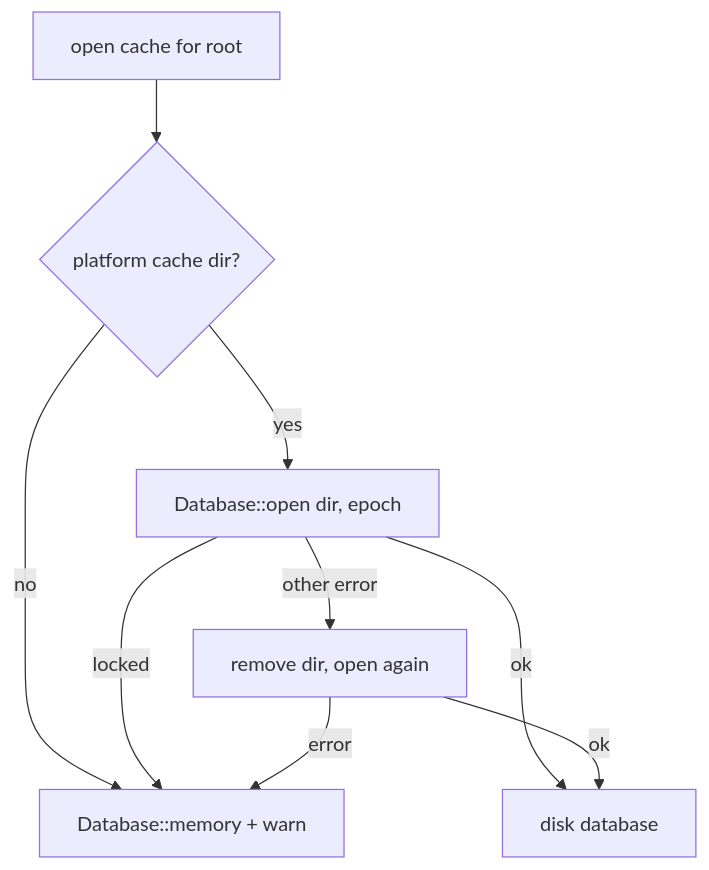
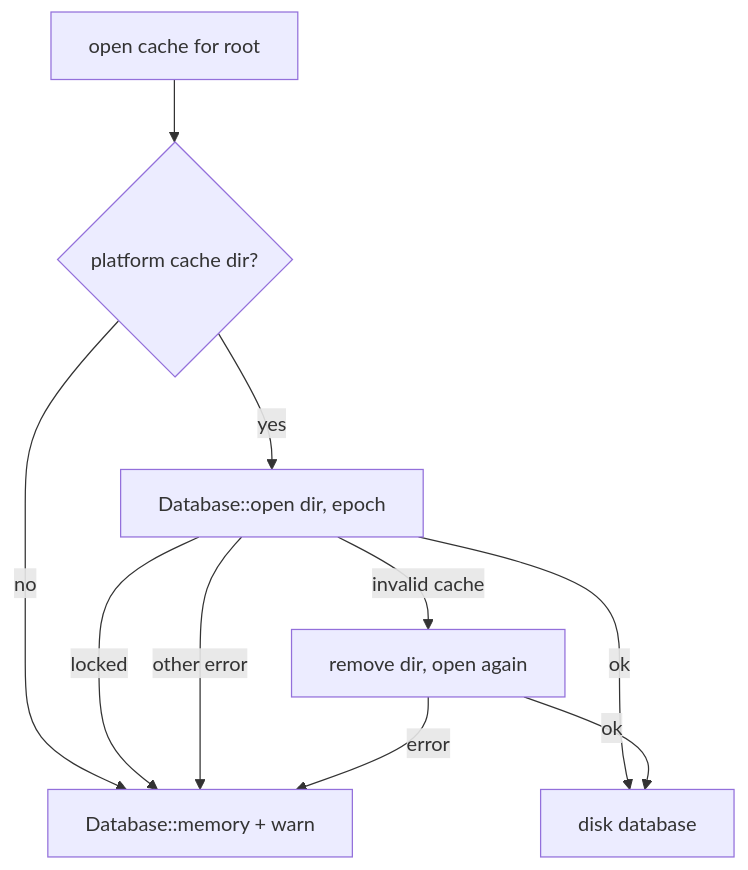
The first of 2 diagrams in openspec/changes/persist-code-index-with-ajika/design.md (querymt/querymt), drawn with Mermaid before and after one commit. The commit also changed other lines of this file and 19 other files, not shown here.

````diff
--- a/openspec/changes/persist-code-index-with-ajika/design.md
+++ b/openspec/changes/persist-code-index-with-ajika/design.md
@@ -160,11 +167,12 @@
 ```mermaid
 flowchart TD
     A[open cache for root] --> B{platform cache dir?}
     B -- no --> M[Database::memory + warn]
     B -- yes --> C[Database::open dir, epoch]
     C -- ok --> D[disk database]
     C -- locked --> M
-    C -- other error --> E[remove dir, open again]
+    C -- invalid cache --> E[remove dir, open again]
+    C -- other error --> M
     E -- ok --> D
     E -- error --> M
 ```
````
